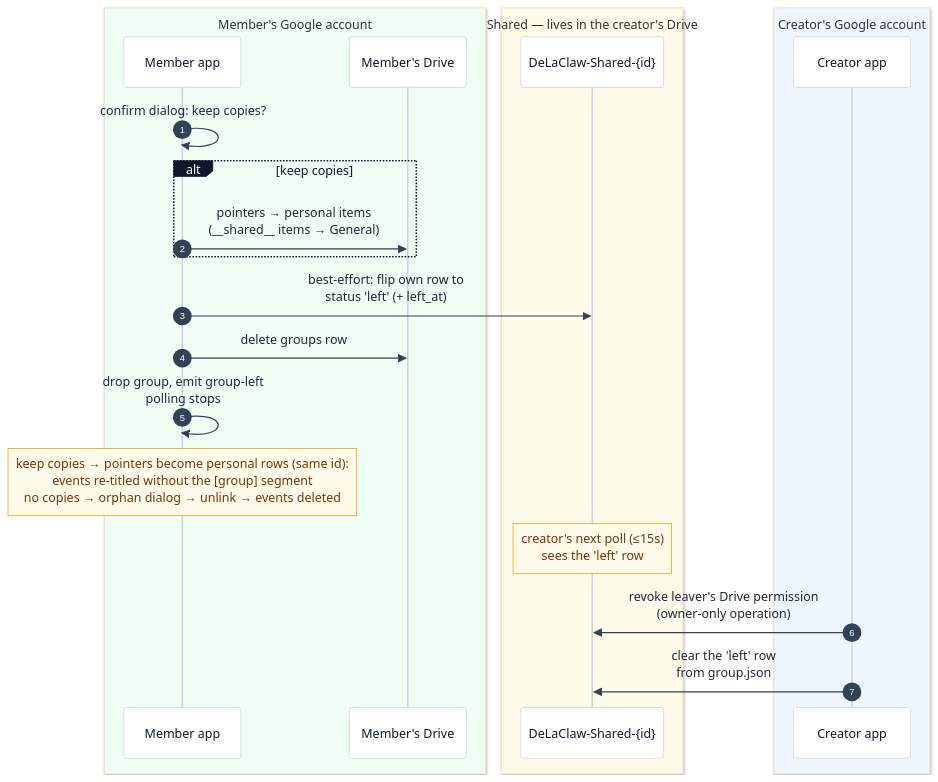
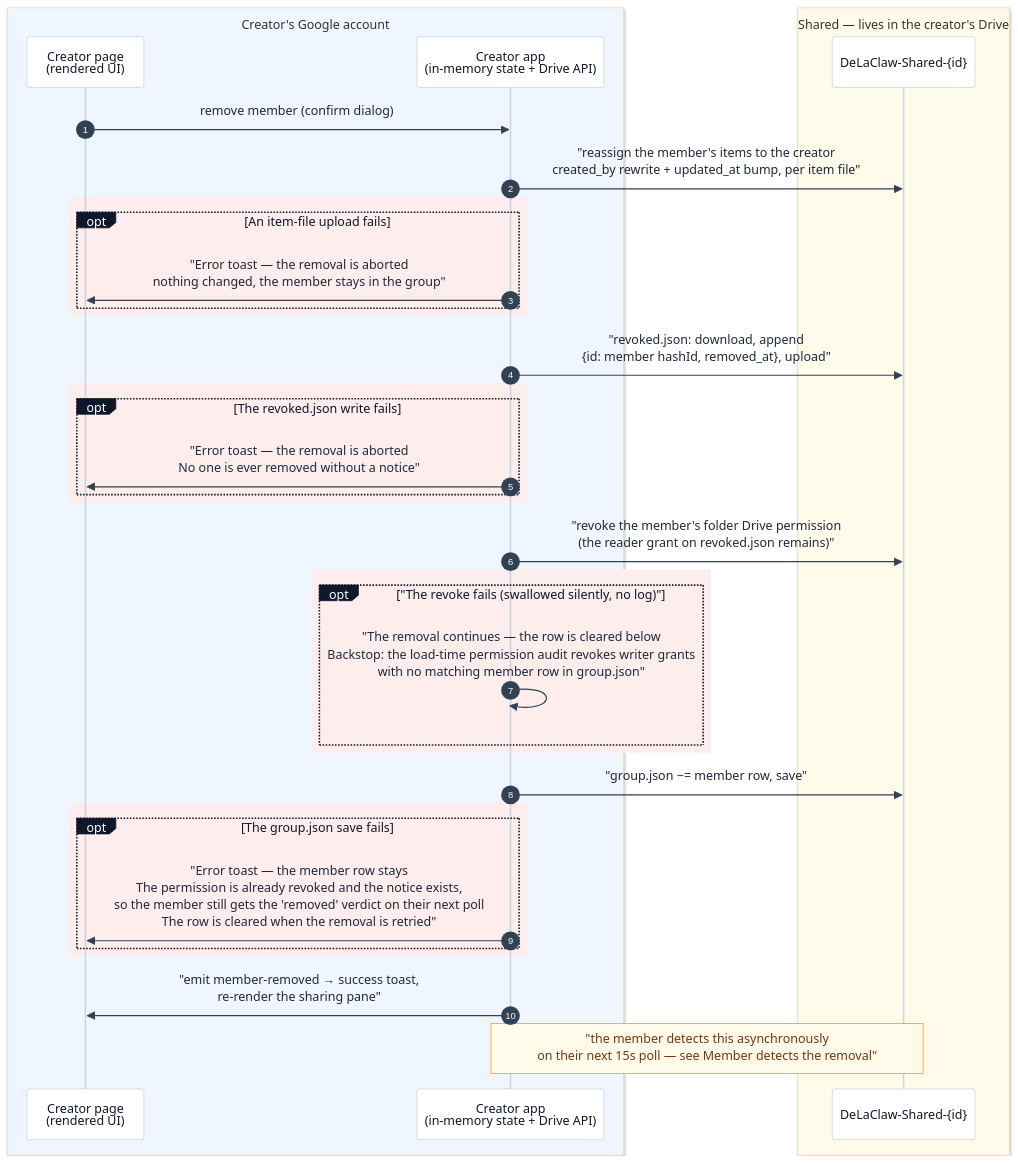
One commit to AntGro/DeLaClaw changed the tenth of 14 diagrams in docs-site/sharing.md. Above: the diagram before and after it, drawn with Mermaid. The commit also changed other lines of this file and 10 other files, not shown here.

````diff
--- a/docs-site/sharing.md
+++ b/docs-site/sharing.md
@@ -364,27 +431,40 @@
 ```mermaid
 %%{init: {'theme': 'base', 'themeVariables': {'background': '#fbfaf8', 'actorBkg': '#ffffff', 'actorBorder': '#cbd5e1', 'actorTextColor': '#0f172a', 'actorLineColor': '#cbd5e1', 'signalColor': '#334155', 'signalTextColor': '#1e293b', 'noteBkgColor': '#fffbeb', 'noteBorderColor': '#f59e0b', 'noteTextColor': '#78350f', 'labelBoxBkgColor': '#0f172a', 'labelBoxBorderColor': '#0f172a', 'labelTextColor': '#ffffff'}}}%%
 sequenceDiagram
     autonumber
-    box rgb(240,253,244) Member's Google account
-    participant MA as Member app
-    participant MD as Member's Drive
+    box rgb(239,246,255) Creator's Google account
+    participant CP as Creator page<br/>(rendered UI)
+    participant CA as Creator app<br/>(in-memory state + Drive API)
     end
     box rgb(255,251,235) Shared — lives in the creator's Drive
     participant SF as DeLaClaw-Shared-{id}
     end
-    box rgb(239,246,255) Creator's Google account
-    participant CA as Creator app
+
+    CP->>CA: remove member (confirm dialog)
+    CA->>SF: "reassign the member's items to the creator<br/>created_by rewrite + updated_at bump, per item file"
+    rect rgb(253, 237, 236)
+    opt An item-file upload fails
+        CA->>CP: "Error toast — the removal is aborted<br/>nothing changed, the member stays in the group"
     end
-
-    MA->>MA: confirm dialog: keep copies?
-    alt keep copies
-    MA->>MD: pointers → personal items<br/>(__shared__ items → General)
     end
-    MA->>SF: best-effort: flip own row to<br/>status 'left' (+ left_at)
-    MA->>MD: delete groups row
-    MA->>MA: drop group, emit group-left<br/>polling stops
-    Note over MA: keep copies → pointers become personal rows (same id):<br/>events re-titled without the [group] segment<br/>no copies → orphan dialog → unlink → events deleted
-    Note over SF: creator's next poll (≤15s)<br/>sees the 'left' row
-    CA->>SF: revoke leaver's Drive permission<br/>(owner-only operation)
-    CA->>SF: clear the 'left' row<br/>from group.json
+    CA->>SF: "revoked.json: download, append<br/>{id: member hashId, removed_at}, upload"
+    rect rgb(253, 237, 236)
+    opt The revoked.json write fails
+        CA->>CP: "Error toast — the removal is aborted<br/>No one is ever removed without a notice"
+    end
+    end
+    CA->>SF: "revoke the member's folder Drive permission<br/>(the reader grant on revoked.json remains)"
+    rect rgb(253, 237, 236)
+    opt "The revoke fails (swallowed silently, no log)"
+        CA->>CA: "The removal continues — the row is cleared below<br/>Backstop: the load-time permission audit revokes writer grants<br/>with no matching member row in group.json"
+    end
+    end
+    CA->>SF: "group.json −= member row, save"
+    rect rgb(253, 237, 236)
+    opt The group.json save fails
+        CA->>CP: "Error toast — the member row stays<br/>The permission is already revoked and the notice exists,<br/>so the member still gets the 'removed' verdict on their next poll<br/>The row is cleared when the removal is retried"
+    end
+    end
+    CA->>CP: "emit member-removed → success toast,<br/>re-render the sharing pane"
+    Note over CA,SF: "the member detects this asynchronously<br/>on their next 15s poll — see Member detects the removal"
 ```
````
